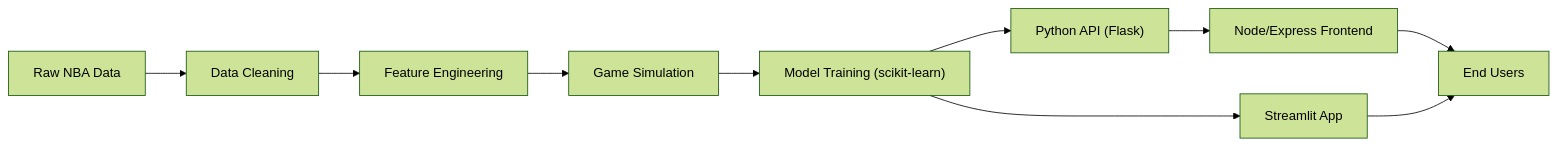
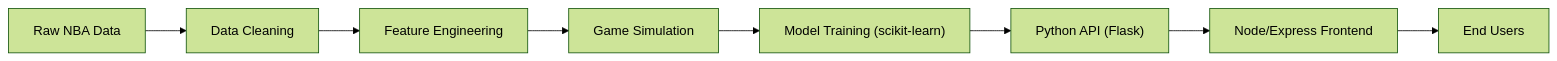
The diagram in README.md (ayaanb132/HomeCourt-AI), drawn with Mermaid (forest theme) before and after one commit. The commit also changed other lines of this file and 3 other files, not shown here.

````diff
--- a/README.md
+++ b/README.md
@@ -34,12 +32,10 @@
 ```mermaid
 graph LR
     A[Raw NBA Data] --> B[Data Cleaning]
     B --> C[Feature Engineering]
     C --> D[Game Simulation]
     D --> E["Model Training (scikit-learn)"]
     E --> F["Python API (Flask)"]
     F --> G["Node/Express Frontend"]
-    E --> H["Streamlit App"]
-    G --> I["End Users"]
-    H --> I
+    G --> H["End Users"]
 ```
````
